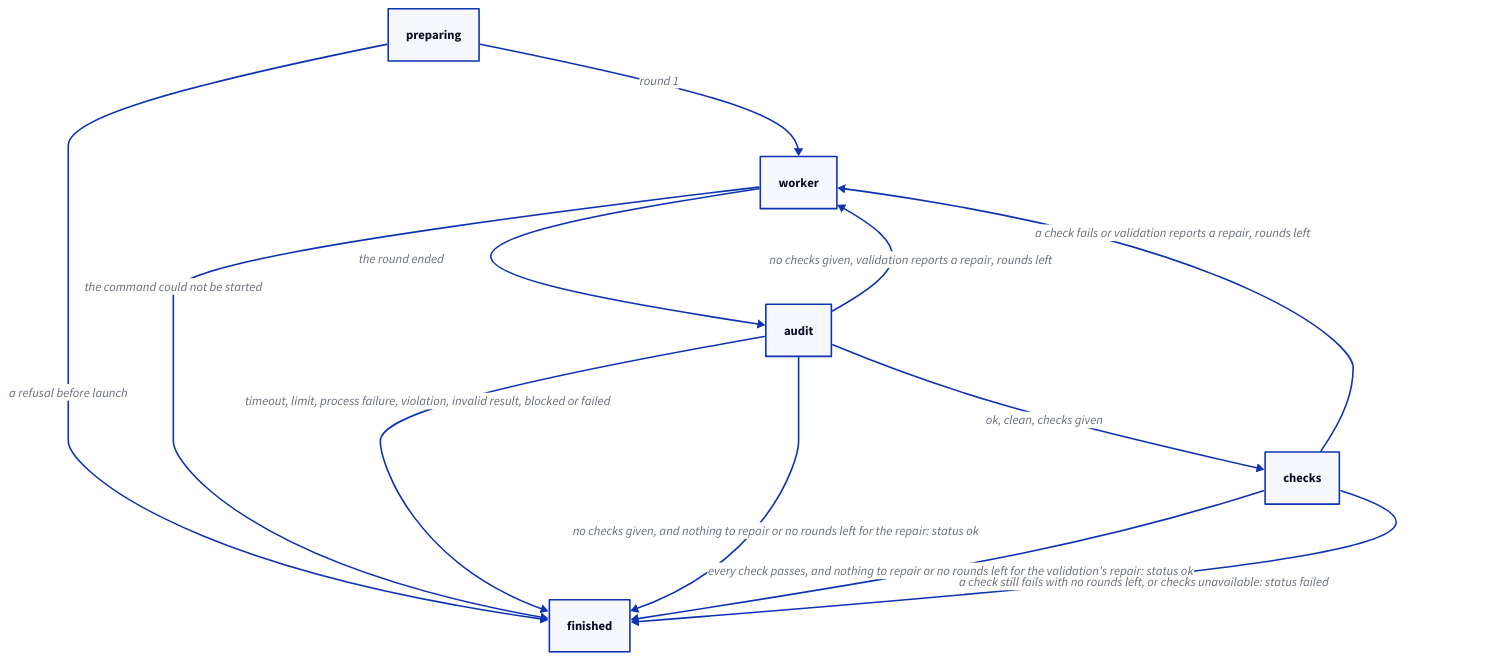
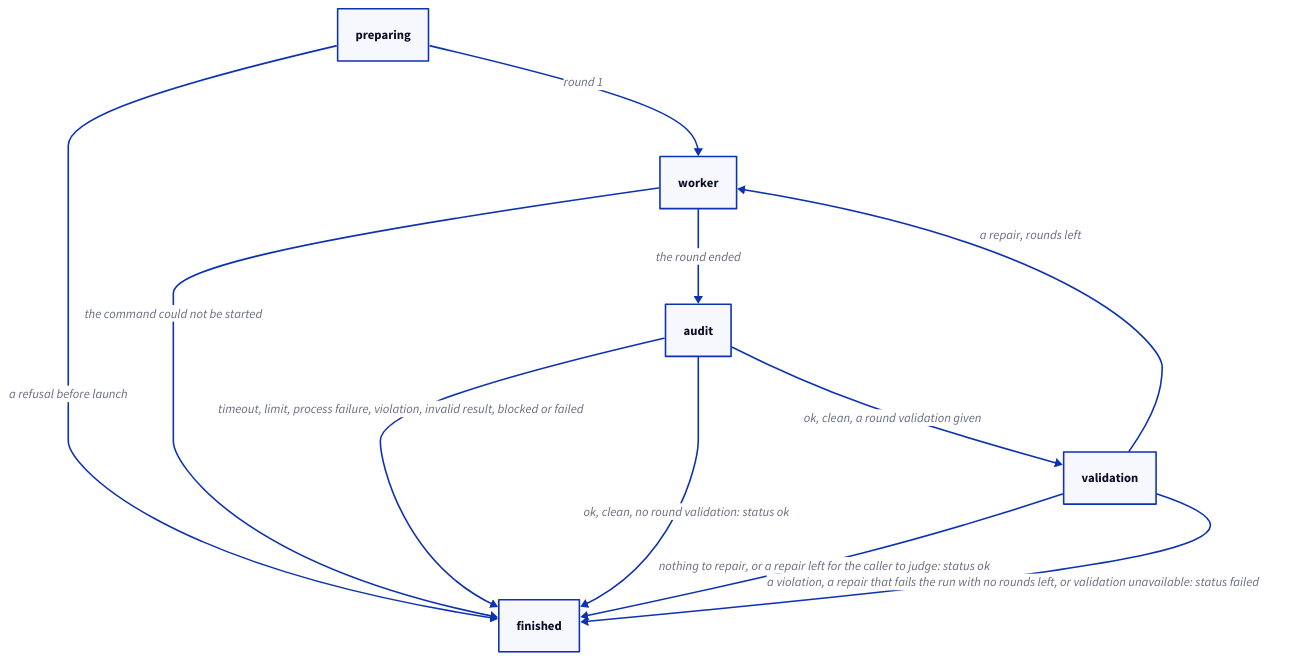
The diagram in specs/concorde/worker-harness/workers/launch.md (FTOD/concorde), drawn with D2 before and after one commit. The commit also changed other lines of this file and 109 other files, not shown here.

````diff
--- a/specs/concorde/worker-harness/workers/launch.md
+++ b/specs/concorde/worker-harness/workers/launch.md
@@ -142,18 +171,17 @@
 ```d2 illustrative
 preparing
 worker
 audit
-checks
+validation
 finished
 preparing -> worker: round 1
 preparing -> finished: a refusal before launch
 worker -> finished: the command could not be started
 worker -> audit: the round ended
 audit -> finished: timeout, limit, process failure, violation, invalid result, blocked or failed
-audit -> checks: ok, clean, checks given
-audit -> worker: no checks given, validation reports a repair, rounds left
-audit -> finished: "no checks given, and nothing to repair or no rounds left for the repair: status ok"
-checks -> worker: a check fails or validation reports a repair, rounds left
-checks -> finished: "every check passes, and nothing to repair or no rounds left for the validation's repair: status ok"
-checks -> finished: "a check still fails with no rounds left, or checks unavailable: status failed"
+audit -> validation: ok, clean, a round validation given
+audit -> finished: "ok, clean, no round validation: status ok"
+validation -> worker: a repair, rounds left
+validation -> finished: "nothing to repair, or a repair left for the caller to judge: status ok"
+validation -> finished: "a violation, a repair that fails the run with no rounds left, or validation unavailable: status failed"
 ```
````
